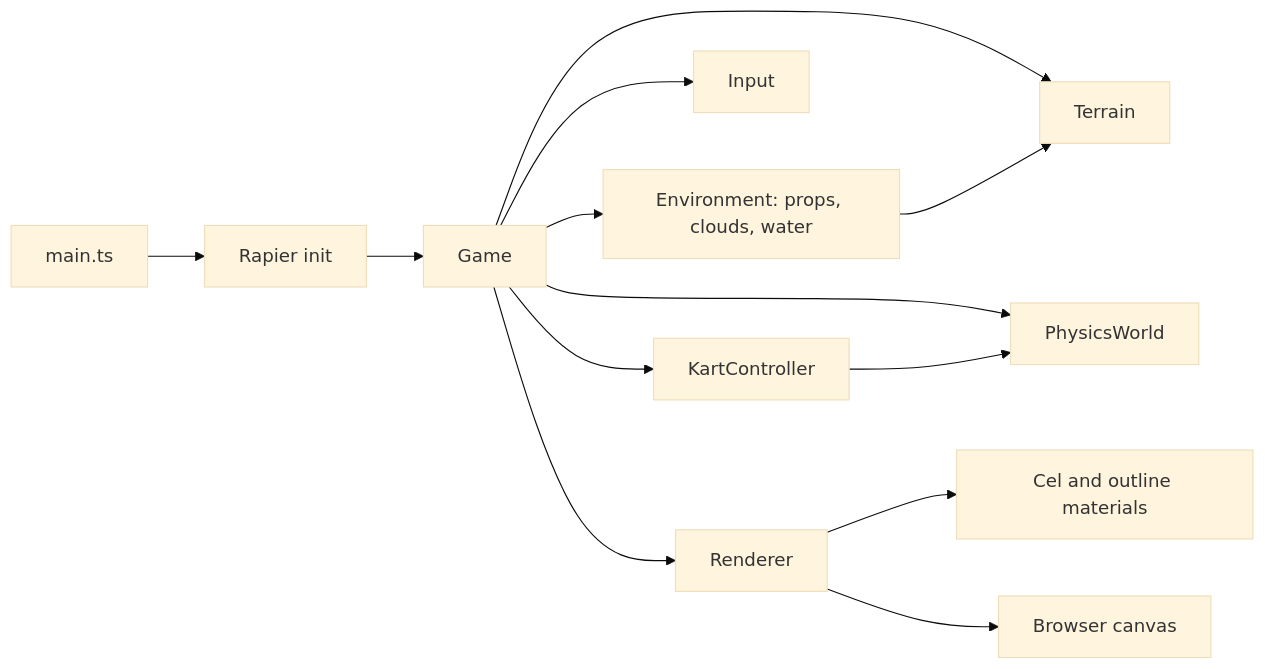
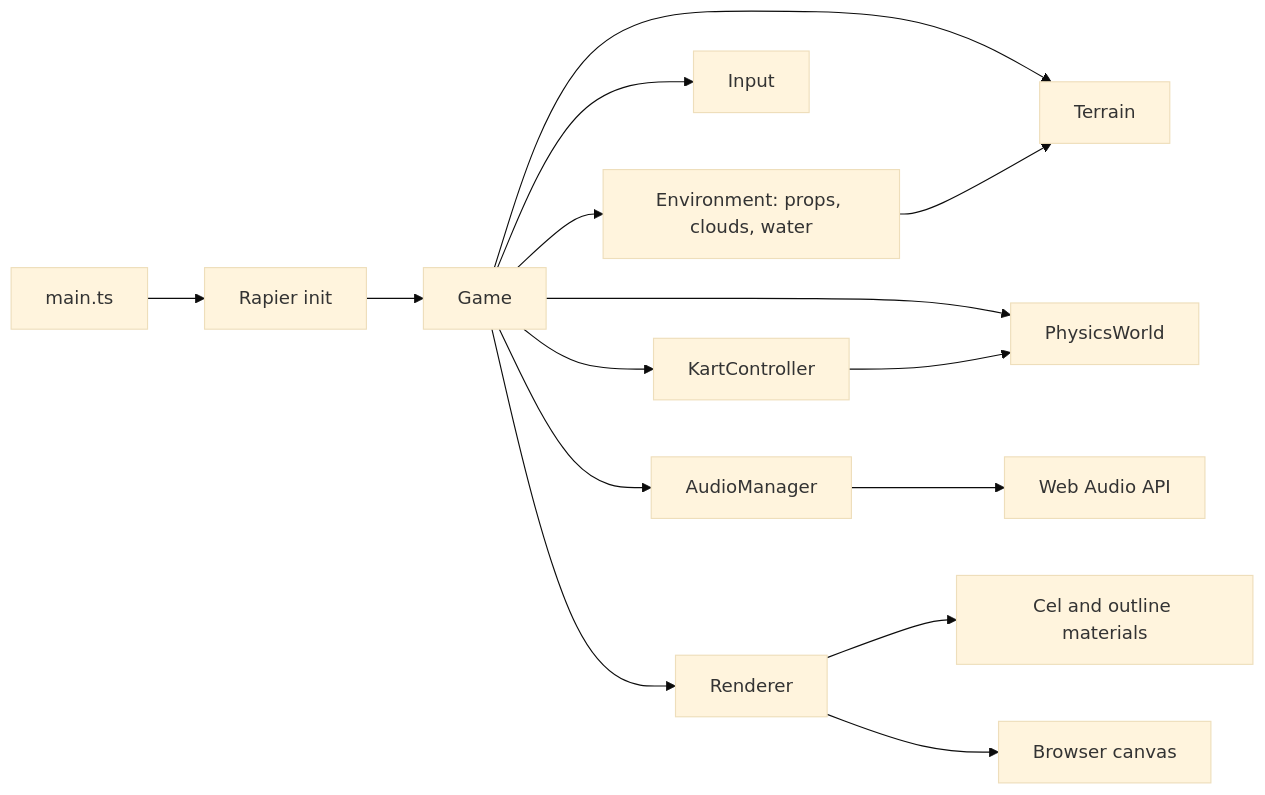
One commit to jjgroenendijk/cart-game changed the diagram in AGENTS.md. Above: the diagram before and after it, drawn with Mermaid (base theme). The commit also changed other lines of this file and 2 other files, not shown here.

First paragraph of the commit message:
feat(audio): add engine voice (detuned saws -> lowpass -> gain, RPM via engineCurve)
Context
005 commit 3: the persistent engine voice. Tracks speed (6-gear fake
RPM via engineCurve) and throttle, ramps cleanly to avoid pops.

````diff
--- a/AGENTS.md
+++ b/AGENTS.md
@@ -29,15 +30,17 @@
 ```mermaid
 flowchart LR
   main[main.ts] --> rapier[Rapier init]
   rapier --> game[Game]
   game --> terrain[Terrain]
   game --> env[Environment: props, clouds, water]
   env --> terrain
   game --> input[Input]
   game --> physics[PhysicsWorld]
   game --> kart[KartController]
   kart --> physics
+  game --> audio[AudioManager]
+  audio --> webaudio[Web Audio API]
   game --> renderer[Renderer]
   renderer --> materials[Cel and outline materials]
   renderer --> canvas[Browser canvas]
 ```
````
